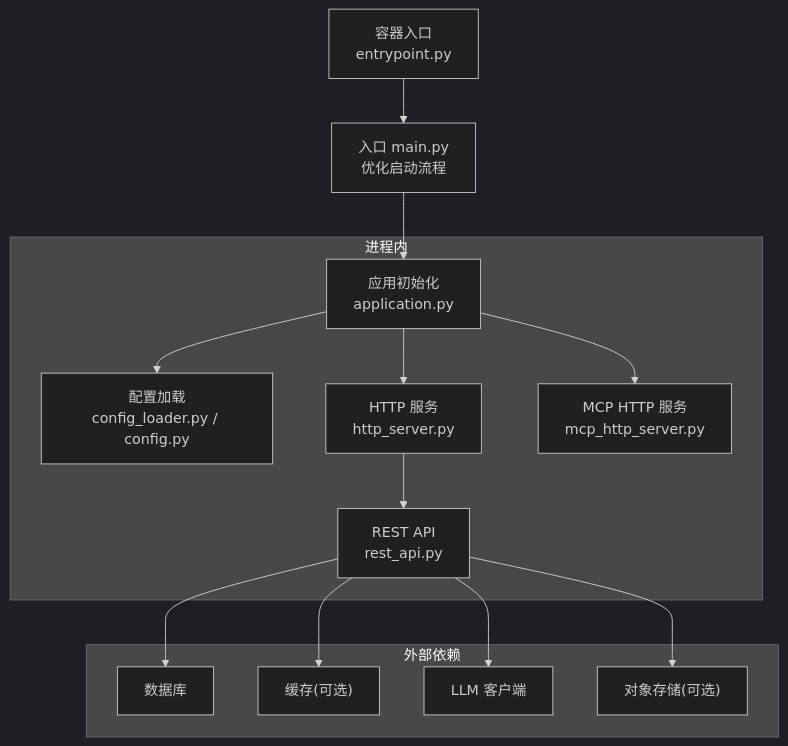
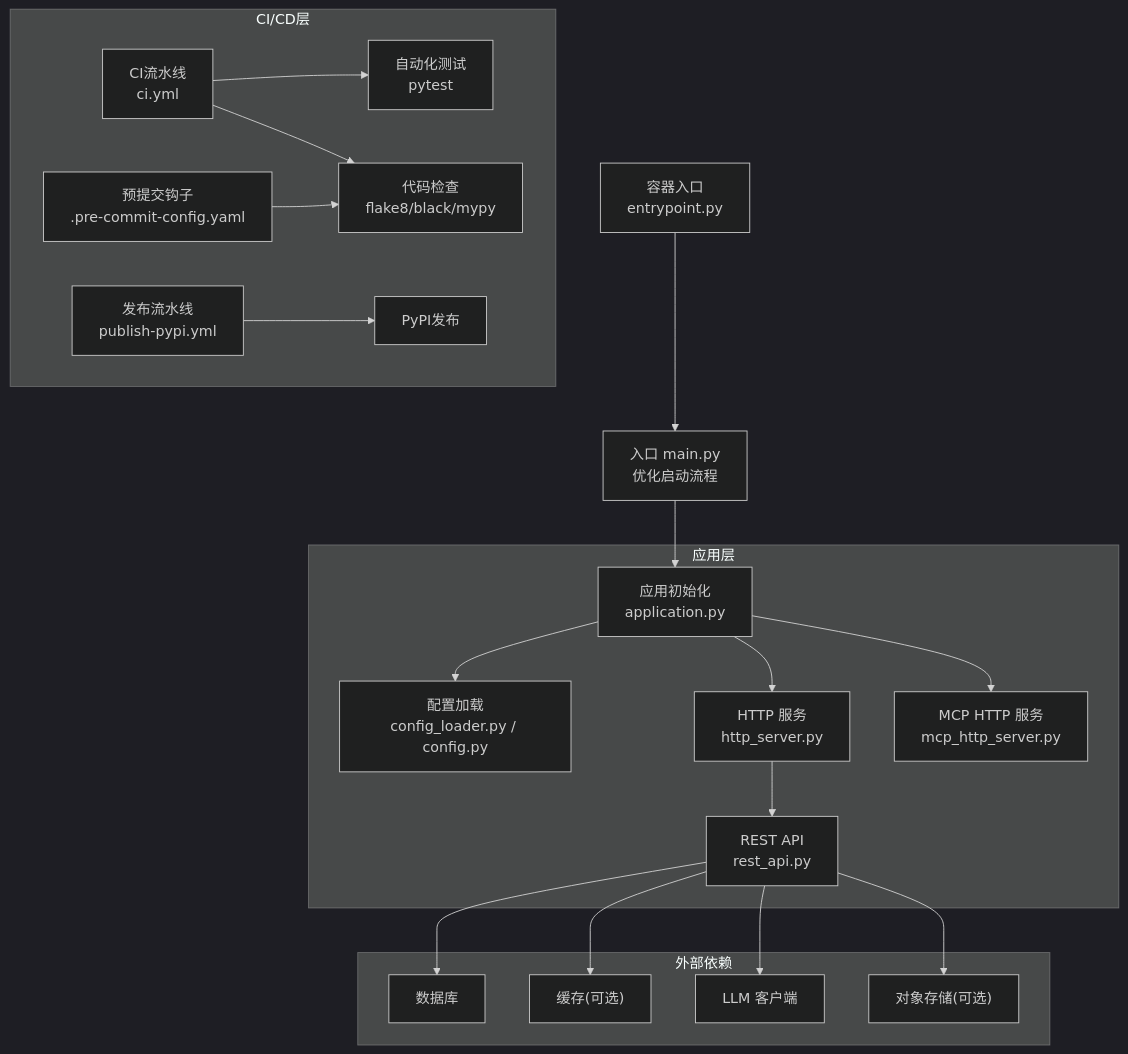
The second of 10 diagrams in .qoder/repowiki/zh/content/部署指南/部署指南.md (HengLine/tool-shot-agent), drawn with Mermaid (dark theme) before and after one commit. The commit also changed other lines of this file and 9 other files, not shown here.

````diff
--- a/.qoder/repowiki/zh/content/部署指南/部署指南.md
+++ b/.qoder/repowiki/zh/content/部署指南/部署指南.md
@@ -123,26 +144,38 @@
 ```mermaid
 graph TB
-subgraph "进程内"
+subgraph "应用层"
 APP["应用初始化<br/>application.py"]
 CFG["配置加载<br/>config_loader.py / config.py"]
 HTTP["HTTP 服务<br/>http_server.py"]
 MCP["MCP HTTP 服务<br/>mcp_http_server.py"]
 API["REST API<br/>rest_api.py"]
+end
+subgraph "CI/CD层"
+CI["CI流水线<br/>ci.yml"]
+TEST["自动化测试<br/>pytest"]
+LINT["代码检查<br/>flake8/black/mypy"]
+PUBLISH["发布流水线<br/>publish-pypi.yml"]
+PYPI["PyPI发布"]
+PRECOMMIT["预提交钩子<br/>.pre-commit-config.yaml"]
 end
 subgraph "外部依赖"
 DB["数据库"]
 CACHE["缓存(可选)"]
 LLM["LLM 客户端"]
 OBJ["对象存储(可选)"]
 end
 MAIN["入口 main.py<br/>优化启动流程"] --> APP
 APP --> CFG
 APP --> HTTP
 APP --> MCP
 HTTP --> API
 API --> LLM
 API --> DB
 API --> CACHE
 API --> OBJ
 ENTRY["容器入口<br/>entrypoint.py"] --> MAIN
+CI --> TEST
+CI --> LINT
+PUBLISH --> PYPI
+PRECOMMIT --> LINT
 ```
````
